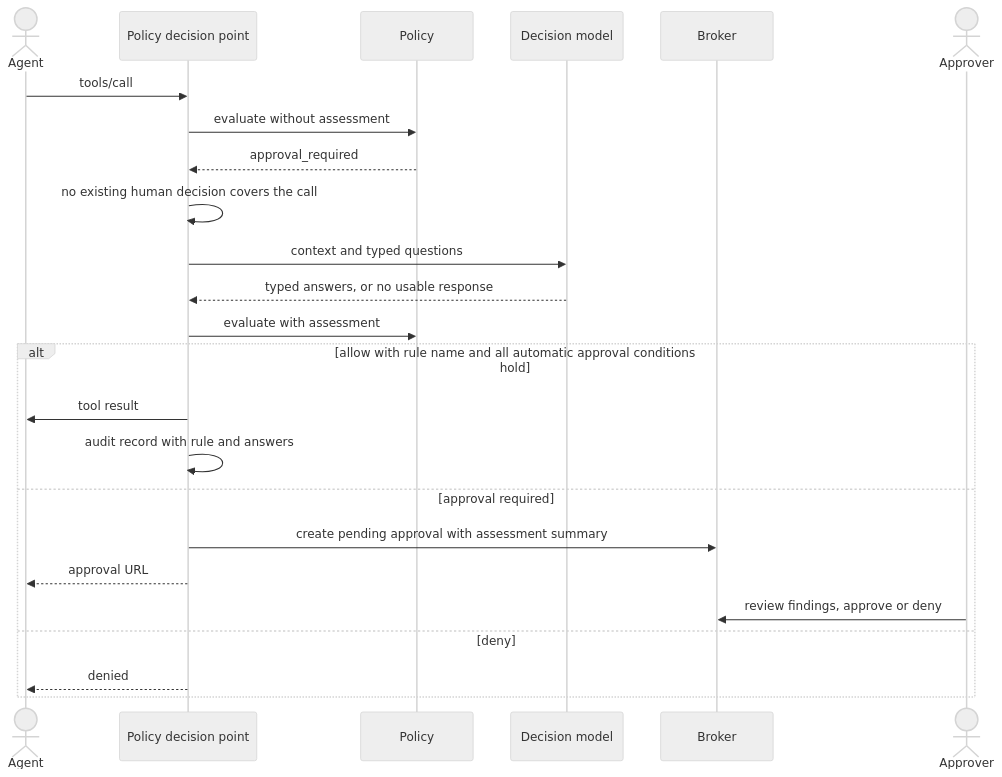
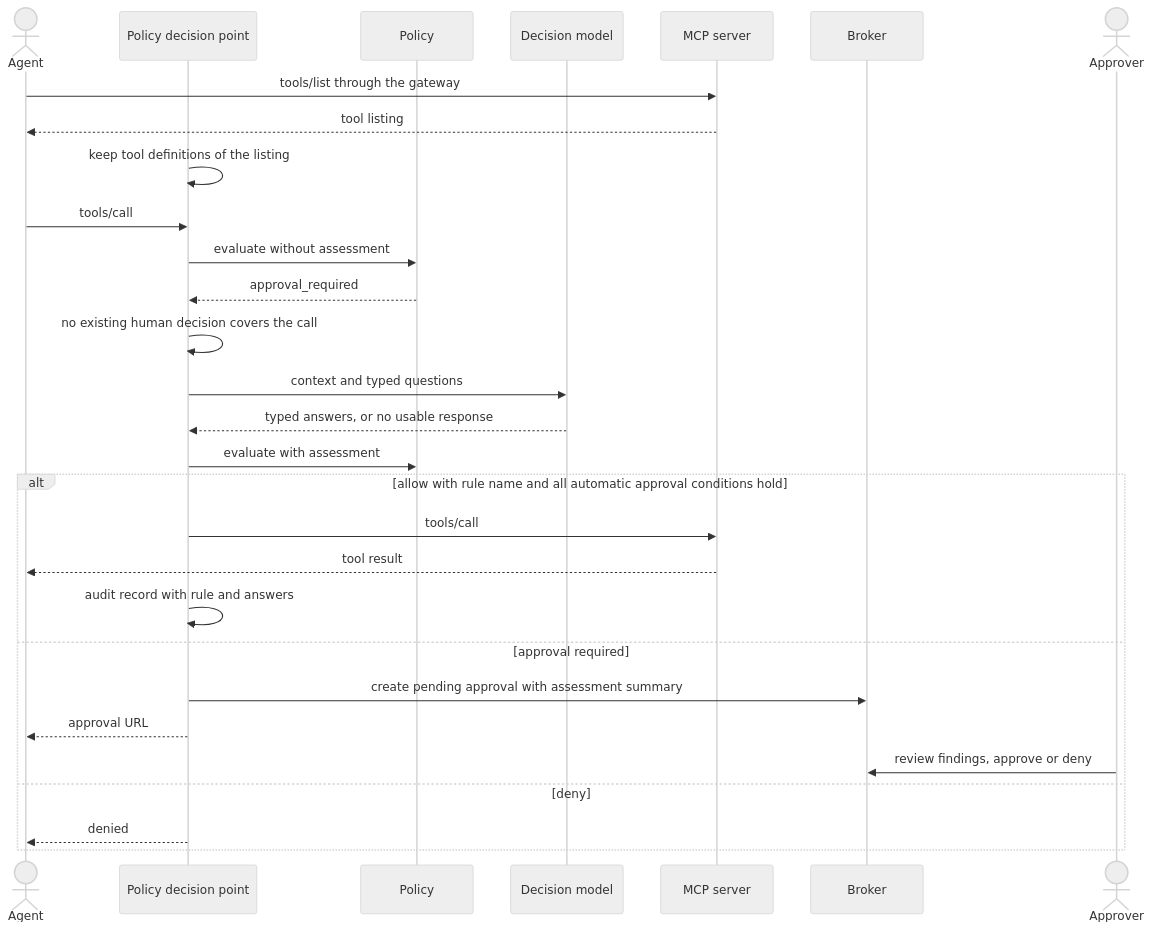
Before and after one commit to zalando-incubator/agentic-identity-broker: the second of 2 diagrams in specs/20261123-194542-decision-model-tool-approvals/spec.md, drawn with Mermaid (neutral theme). The commit also changed other lines of this file and 3 other files, not shown here.

First line of the commit message:
docs(spec): use server-listed tool definitions as model context

````diff
--- a/specs/20261123-194542-decision-model-tool-approvals/spec.md
+++ b/specs/20261123-194542-decision-model-tool-approvals/spec.md
@@ -1014,27 +1118,32 @@
 ```mermaid
 sequenceDiagram
     actor Agent
     participant PDP as Policy decision point
     participant Policy
     participant Model as Decision model
+    participant Server as MCP server
     participant Broker
     actor Approver
 
+    Agent->>Server: tools/list through the gateway
+    Server-->>Agent: tool listing
+    PDP->>PDP: keep tool definitions of the listing
     Agent->>PDP: tools/call
     PDP->>Policy: evaluate without assessment
     Policy-->>PDP: approval_required
     PDP->>PDP: no existing human decision covers the call
     PDP->>Model: context and typed questions
     Model-->>PDP: typed answers, or no usable response
     PDP->>Policy: evaluate with assessment
     alt allow with rule name and all automatic approval conditions hold
-        PDP->>Agent: tool result
+        PDP->>Server: tools/call
+        Server-->>Agent: tool result
         PDP->>PDP: audit record with rule and answers
     else approval required
         PDP->>Broker: create pending approval with assessment summary
         PDP-->>Agent: approval URL
         Approver->>Broker: review findings, approve or deny
     else deny
         PDP-->>Agent: denied
     end
 ```
````
